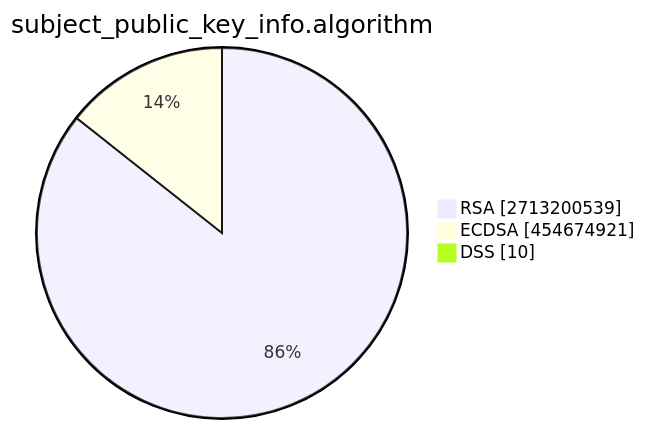
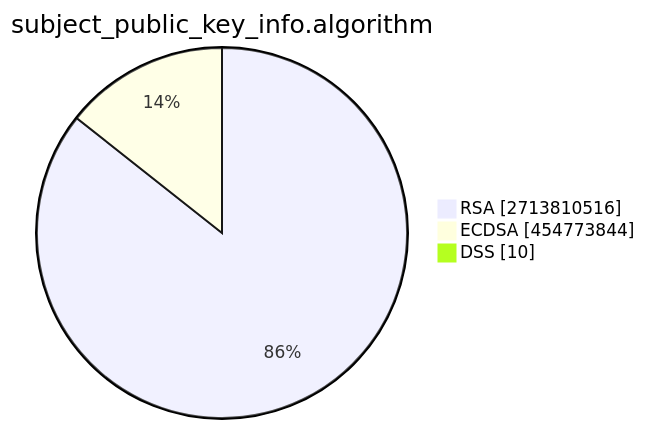
The second of 15 diagrams in TOTAL/README.md (christiankrug/ctmonitor_visualization), drawn with Mermaid before and after one commit. The commit also changed other lines of this file, not shown here.

````diff
--- a/TOTAL/README.md
+++ b/TOTAL/README.md
@@ -6,7 +6,7 @@
 ```mermaid
 pie showData
 title subject_public_key_info.algorithm
-"RSA" :2713200539
-"ECDSA" :454674921
+"RSA" :2713810516
+"ECDSA" :454773844
 "DSS" :10
 ```
````
